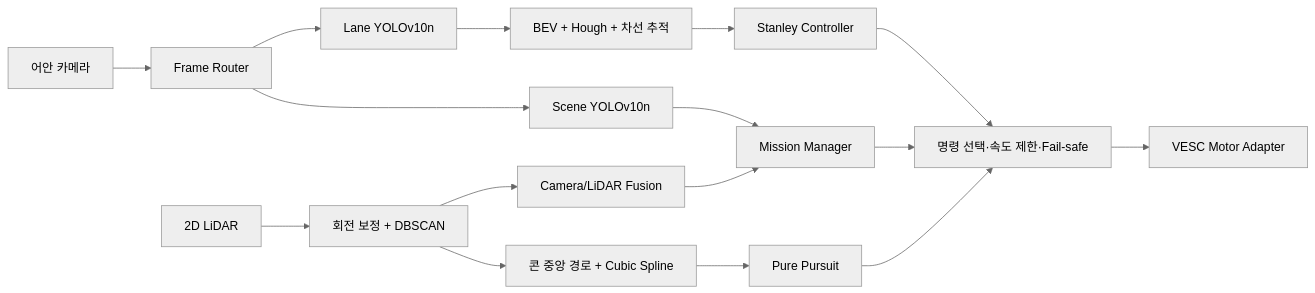
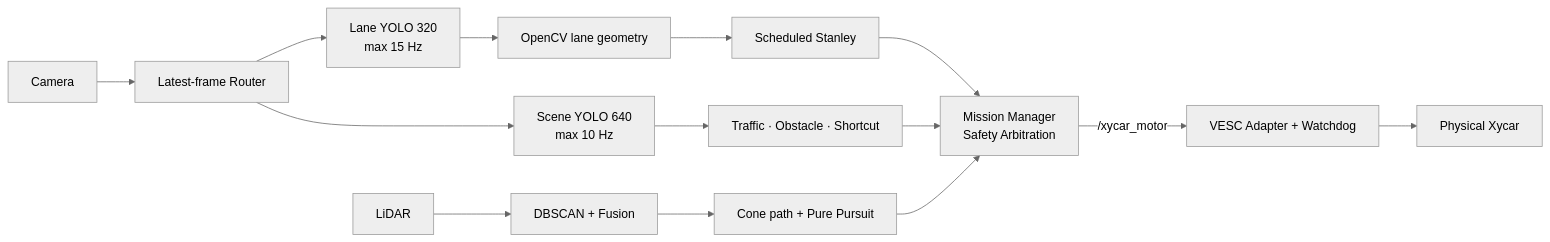
The diagram in README.md (juuny0317-cmd/Kookmin2026), drawn with Mermaid (neutral theme) before and after one commit. The commit also changed other lines of this file and 23 other files, not shown here.

````diff
--- a/README.md
+++ b/README.md
@@ -47,18 +64,16 @@
 ```mermaid
 flowchart LR
-    CAM[어안 카메라] --> ROUTER[Frame Router]
-    ROUTER --> LYOLO[Lane YOLOv10n]
-    ROUTER --> SYOLO[Scene YOLOv10n]
-    LYOLO --> LANE[BEV + Hough + 차선 추적]
-    SYOLO --> FSM[Mission Manager]
-    LIDAR[2D LiDAR] --> CLUSTER[회전 보정 + DBSCAN]
-    CLUSTER --> FUSION[Camera/LiDAR Fusion]
-    FUSION --> FSM
-    CLUSTER --> PATH[콘 중앙 경로 + Cubic Spline]
-    LANE --> STANLEY[Stanley Controller]
-    PATH --> PP[Pure Pursuit]
-    FSM --> SELECT[명령 선택·속도 제한·Fail-safe]
-    STANLEY --> SELECT
-    PP --> SELECT
-    SELECT --> VESC[VESC Motor Adapter]
+    CAM[Camera] --> ROUTER[Latest-frame Router]
+    ROUTER --> LANE[Lane YOLO 320<br/>max 15 Hz]
+    ROUTER --> SCENE[Scene YOLO 640<br/>max 10 Hz]
+    LANE --> GEOM[OpenCV lane geometry]
+    GEOM --> STANLEY[Scheduled Stanley]
+    SCENE --> FSM[Traffic · Obstacle · Shortcut]
+    LIDAR[LiDAR] --> DBSCAN[DBSCAN + Fusion]
+    DBSCAN --> PP[Cone path + Pure Pursuit]
+    STANLEY --> MM[Mission Manager<br/>Safety Arbitration]
+    FSM --> MM
+    PP --> MM
+    MM -->|/xycar_motor| VESC[VESC Adapter + Watchdog]
+    VESC --> CAR[Physical Xycar]
 ```
````
